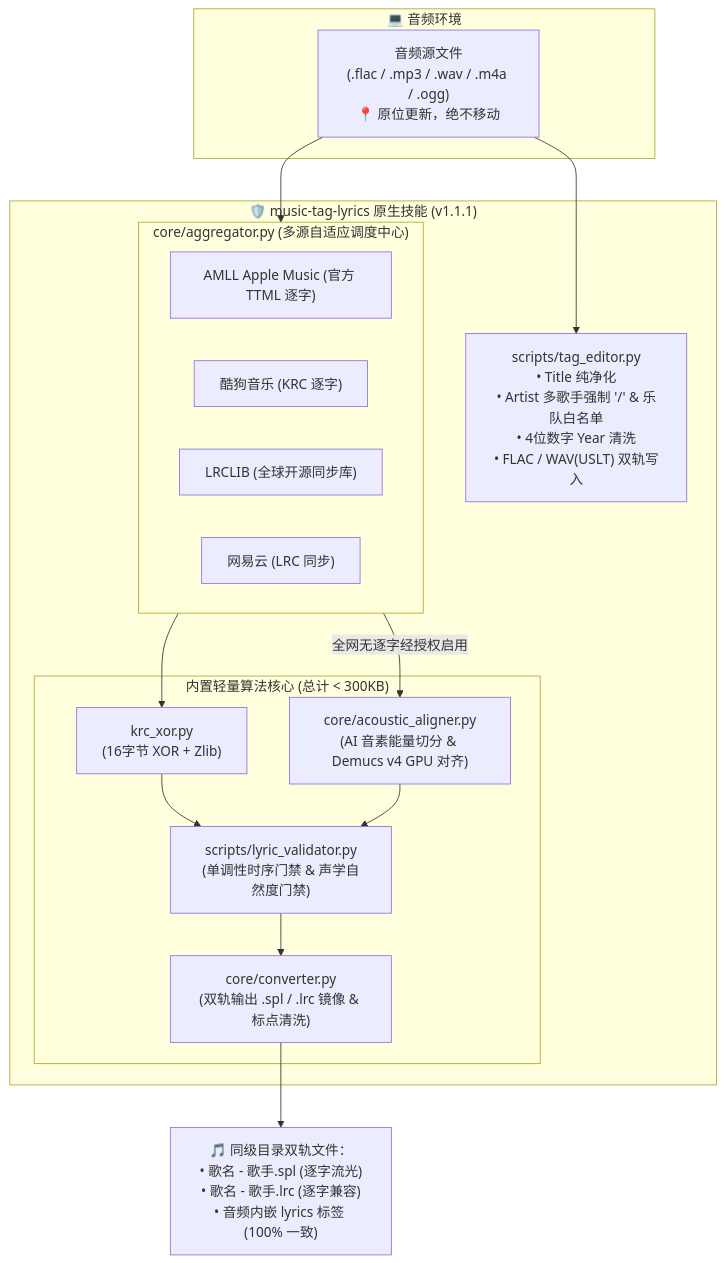
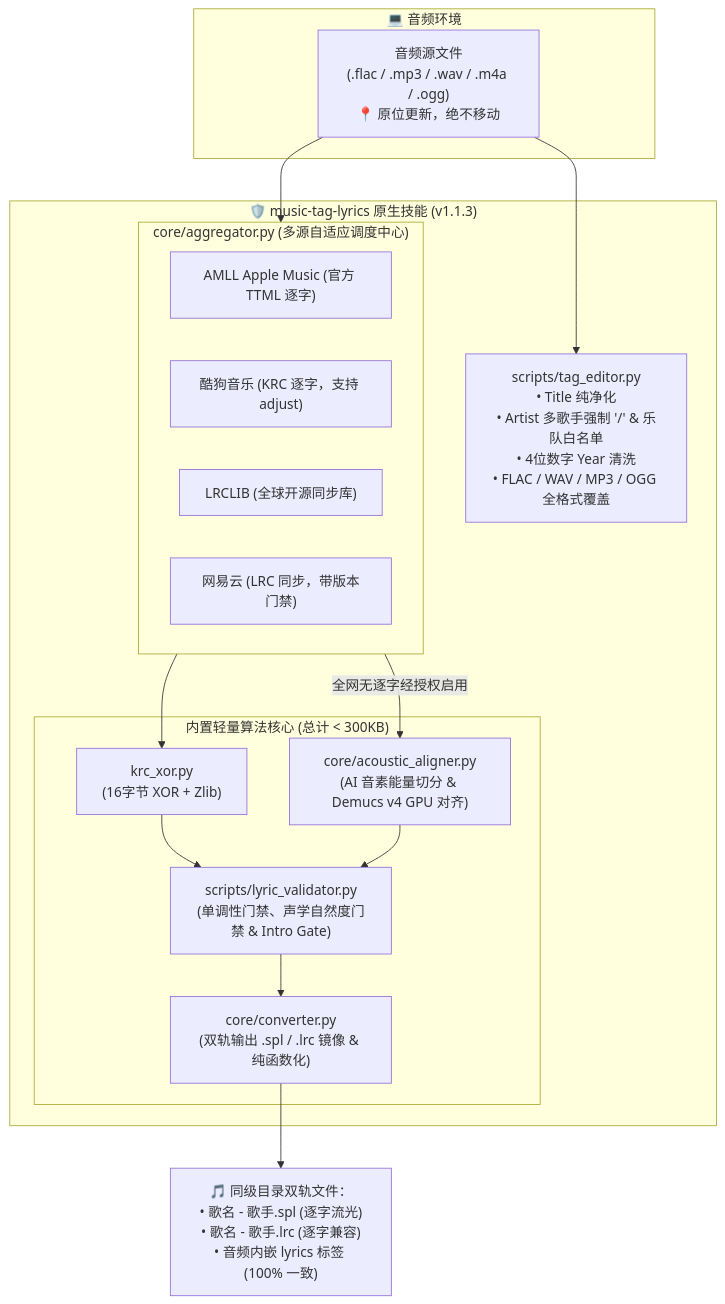
The first of 2 diagrams in README.md (sxsxhhi/music-tag-lyrics), drawn with Mermaid before and after one commit. The commit also changed other lines of this file, not shown here.

````diff
--- a/README.md
+++ b/README.md
@@ -109,33 +52,33 @@
 ```mermaid
 flowchart TD
     subgraph HostEnv["💻 音频环境"]
         AudioFile["音频源文件<br/>(.flac / .mp3 / .wav / .m4a / .ogg)<br/>📍 原位更新，绝不移动"]
     end
 
-    subgraph NativeSkill["🛡️ music-tag-lyrics 原生技能 (v1.1.1)"]
-        TagEditor["scripts/tag_editor.py<br/>• Title 纯净化<br/>• Artist 多歌手强制 '/' & 乐队白名单<br/>• 4位数字 Year 清洗<br/>• FLAC / WAV(USLT) 双轨写入"]
+    subgraph NativeSkill["🛡️ music-tag-lyrics 原生技能 (v1.1.3)"]
+        TagEditor["scripts/tag_editor.py<br/>• Title 纯净化<br/>• Artist 多歌手强制 '/' & 乐队白名单<br/>• 4位数字 Year 清洗<br/>• FLAC / WAV / MP3 / OGG 全格式覆盖"]
         
         subgraph Aggregator["core/aggregator.py (多源自适应调度中心)"]
             F_AMLL["AMLL Apple Music (官方 TTML 逐字)"]
-            F_KG["酷狗音乐 (KRC 逐字)"]
+            F_KG["酷狗音乐 (KRC 逐字，支持 adjust)"]
             F_LRC["LRCLIB (全球开源同步库)"]
-            F_NE["网易云 (LRC 同步)"]
+            F_NE["网易云 (LRC 同步，带版本门禁)"]
         end
 
         subgraph CoreEngine["内置轻量算法核心 (总计 < 300KB)"]
             D_XOR["krc_xor.py<br/>(16字节 XOR + Zlib)"]
             Acoustic["core/acoustic_aligner.py<br/>(AI 音素能量切分 & Demucs v4 GPU 对齐)"]
-            Validator["scripts/lyric_validator.py<br/>(单调性时序门禁 & 声学自然度门禁)"]
-            Converter["core/converter.py<br/>(双轨输出 .spl / .lrc 镜像 & 标点清洗)"]
+            Validator["scripts/lyric_validator.py<br/>(单调性门禁、声学自然度门禁 & Intro Gate)"]
+            Converter["core/converter.py<br/>(双轨输出 .spl / .lrc 镜像 & 纯函数化)"]
         end
     end
 
     AudioFile --> TagEditor
     AudioFile --> Aggregator
     Aggregator --> D_XOR
     Aggregator -->|全网无逐字经授权启用| Acoustic
     D_XOR --> Validator
     Acoustic --> Validator
     Validator --> Converter
     Converter --> OutputFiles["🎵 同级目录双轨文件：<br/>• 歌名 - 歌手.spl (逐字流光)<br/>• 歌名 - 歌手.lrc (逐字兼容)<br/>• 音频内嵌 lyrics 标签 (100% 一致)"]
 ```
````
